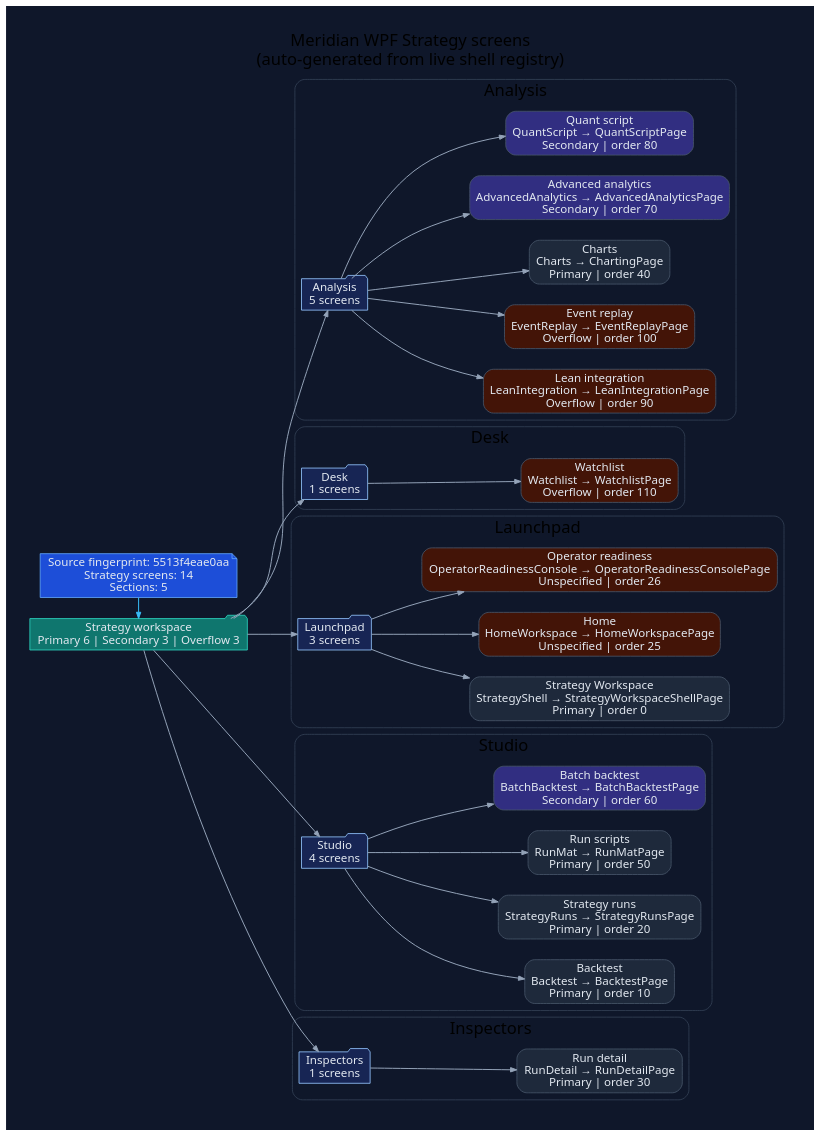
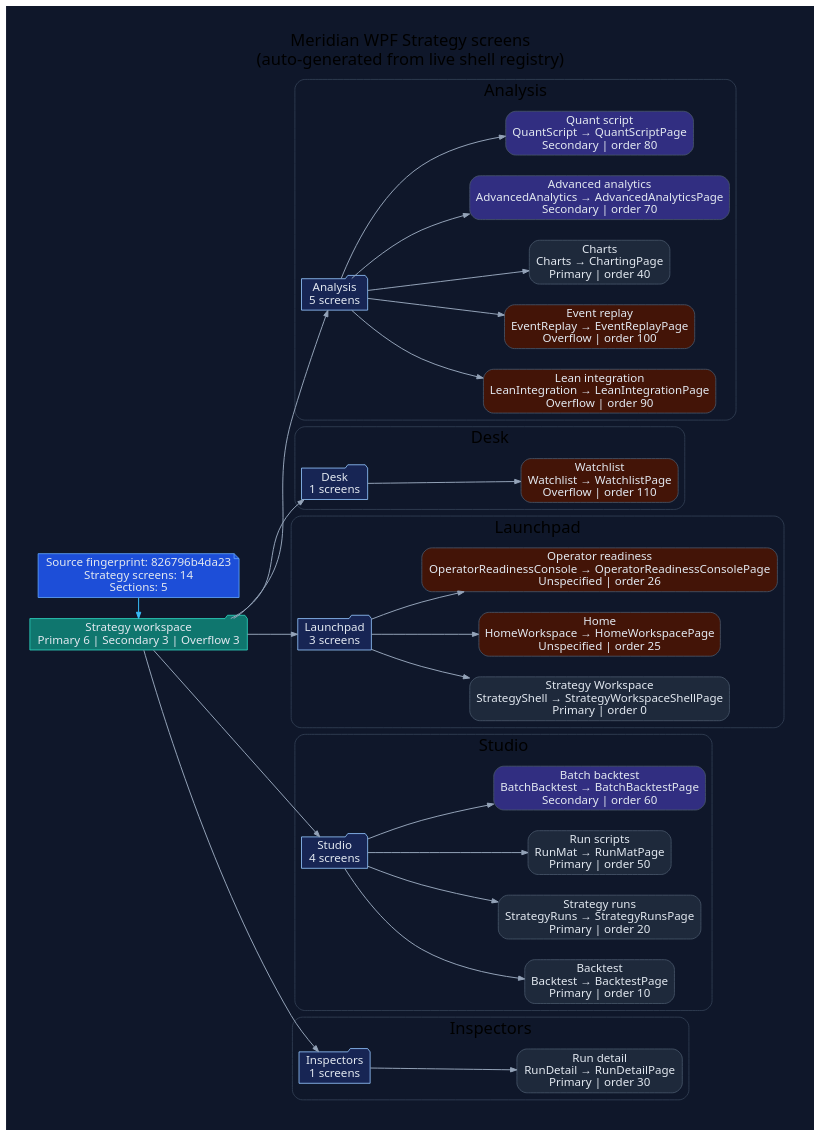
Before and after one commit to rodoHasArrived/Meridian-main: the diagram in docs/diagrams/ui-wpf-screens-strategy.dot, drawn with Graphviz. The commit also changed 54 other files, not shown here.

```diff
--- a/docs/diagrams/ui-wpf-screens-strategy.dot
+++ b/docs/diagrams/ui-wpf-screens-strategy.dot
@@ -1,94 +1,94 @@
 // -----------------------------------------------------------------------------
 // <auto-generated>
 // Generated by scripts/generate-diagrams.mjs.
 // Do not edit this file directly; update the WPF source files instead.
 // -----------------------------------------------------------------------------
 digraph WpfStrategyScreens {
   graph [
     rankdir=LR,
     labelloc=t,
     label="Meridian WPF Strategy screens\n(auto-generated from live shell registry)",
     fontname="Segoe UI",
     fontsize=20,
     pad=0.4,
     nodesep=0.35,
     ranksep=0.85,
     bgcolor="#0f172a"
   ];
   node [fontname="Segoe UI", shape=box, style="rounded,filled", color="#475569", fontcolor="#e2e8f0", fillcolor="#1e293b"];
   edge [fontname="Segoe UI", color="#94a3b8", penwidth=1.2, arrowsize=0.75];
 
-  generated [shape=note, fillcolor="#1d4ed8", color="#60a5fa", label="Source fingerprint: 5513f4eae0aa\nStrategy screens: 14\nSections: 5"];
+  generated [shape=note, fillcolor="#1d4ed8", color="#60a5fa", label="Source fingerprint: 826796b4da23\nStrategy screens: 14\nSections: 5"];
   workspace [shape=folder, fillcolor="#0f766e", color="#2dd4bf", label="Strategy workspace\nPrimary 6 | Secondary 3 | Overflow 3"];
   generated -> workspace [color="#38bdf8"];
 
   subgraph cluster_section_1 {
     label="Analysis";
     color="#334155";
     style="rounded";
     section_1 [shape=folder, fillcolor="#172554", color="#93c5fd", label="Analysis\n5 screens"];
     workspace -> section_1;
     screen_LeanIntegration [fillcolor="#431407", label="Lean integration\nLeanIntegration → LeanIntegrationPage\nOverflow | order 90"];
     section_1 -> screen_LeanIntegration;
     screen_EventReplay [fillcolor="#431407", label="Event replay\nEventReplay → EventReplayPage\nOverflow | order 100"];
     section_1 -> screen_EventReplay;
     screen_Charts [fillcolor="#1e293b", label="Charts\nCharts → ChartingPage\nPrimary | order 40"];
     section_1 -> screen_Charts;
     screen_AdvancedAnalytics [fillcolor="#312e81", label="Advanced analytics\nAdvancedAnalytics → AdvancedAnalyticsPage\nSecondary | order 70"];
     section_1 -> screen_AdvancedAnalytics;
     screen_QuantScript [fillcolor="#312e81", label="Quant script\nQuantScript → QuantScriptPage\nSecondary | order 80"];
     section_1 -> screen_QuantScript;
   }
 
   subgraph cluster_section_2 {
     label="Desk";
     color="#334155";
     style="rounded";
     section_2 [shape=folder, fillcolor="#172554", color="#93c5fd", label="Desk\n1 screens"];
     workspace -> section_2;
     screen_Watchlist [fillcolor="#431407", label="Watchlist\nWatchlist → WatchlistPage\nOverflow | order 110"];
     section_2 -> screen_Watchlist;
   }
 
   subgraph cluster_section_3 {
     label="Launchpad";
     color="#334155";
     style="rounded";
     section_3 [shape=folder, fillcolor="#172554", color="#93c5fd", label="Launchpad\n3 screens"];
     workspace -> section_3;
     screen_StrategyShell [fillcolor="#1e293b", label="Strategy Workspace\nStrategyShell → StrategyWorkspaceShellPage\nPrimary | order 0"];
     section_3 -> screen_StrategyShell;
     screen_HomeWorkspace [fillcolor="#431407", label="Home\nHomeWorkspace → HomeWorkspacePage\nUnspecified | order 25"];
     section_3 -> screen_HomeWorkspace;
     screen_OperatorReadinessConsole [fillcolor="#431407", label="Operator readiness\nOperatorReadinessConsole → OperatorReadinessConsolePage\nUnspecified | order 26"];
     section_3 -> screen_OperatorReadinessConsole;
   }
 
   subgraph cluster_section_4 {
     label="Studio";
     color="#334155";
     style="rounded";
     section_4 [shape=folder, fillcolor="#172554", color="#93c5fd", label="Studio\n4 screens"];
     workspace -> section_4;
     screen_Backtest [fillcolor="#1e293b", label="Backtest\nBacktest → BacktestPage\nPrimary | order 10"];
     section_4 -> screen_Backtest;
     screen_StrategyRuns [fillcolor="#1e293b", label="Strategy runs\nStrategyRuns → StrategyRunsPage\nPrimary | order 20"];
     section_4 -> screen_StrategyRuns;
     screen_RunMat [fillcolor="#1e293b", label="Run scripts\nRunMat → RunMatPage\nPrimary | order 50"];
     section_4 -> screen_RunMat;
     screen_BatchBacktest [fillcolor="#312e81", label="Batch backtest\nBatchBacktest → BatchBacktestPage\nSecondary | order 60"];
     section_4 -> screen_BatchBacktest;
   }
 
   subgraph cluster_section_5 {
     label="Inspectors";
     color="#334155";
     style="rounded";
     section_5 [shape=folder, fillcolor="#172554", color="#93c5fd", label="Inspectors\n1 screens"];
     workspace -> section_5;
     screen_RunDetail [fillcolor="#1e293b", label="Run detail\nRunDetail → RunDetailPage\nPrimary | order 30"];
     section_5 -> screen_RunDetail;
   }
 
   { rank=min; generated; workspace; }
 }
```
